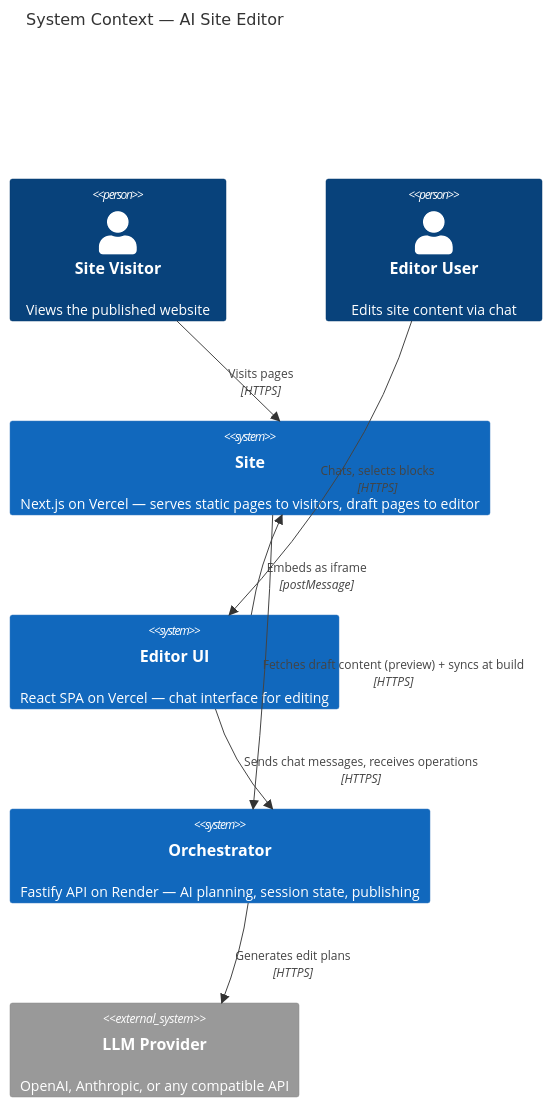
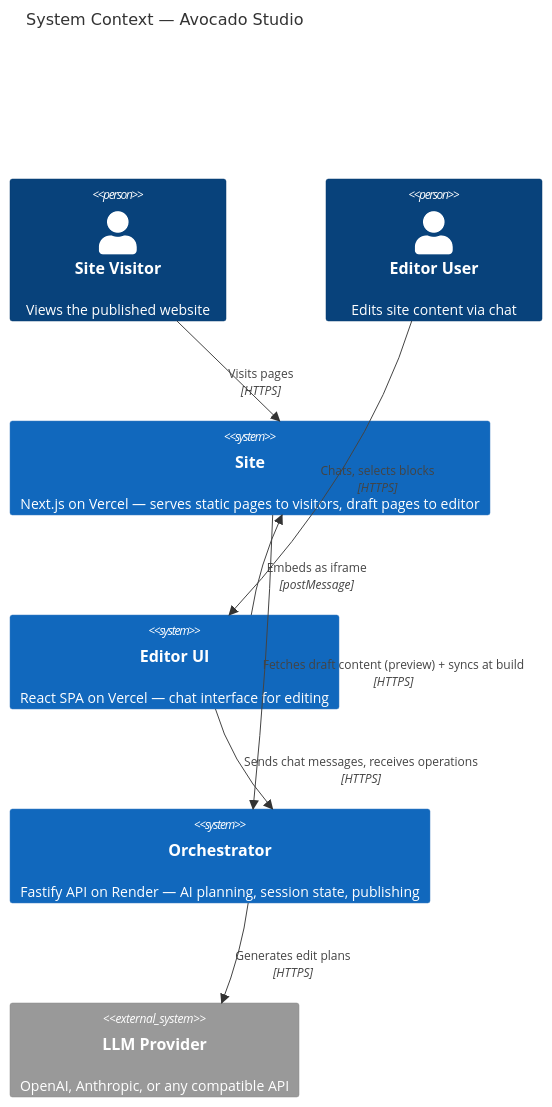
The first of 4 diagrams in docs/architecture/architecture-c4.md (avocadostudio-ai/avocado), drawn with Mermaid before and after one commit. The commit also changed 23 other files, not shown here.

First line of the commit message:
chore(oss): pre-launch cleanup — rebrand to Avocado Studio, remove leaks

````diff
--- a/docs/architecture/architecture-c4.md
+++ b/docs/architecture/architecture-c4.md
@@ -7,19 +7,19 @@
 ```mermaid
 C4Context
-    title System Context — AI Site Editor
+    title System Context — Avocado Studio
 
     Person(visitor, "Site Visitor", "Views the published website")
     Person(editor_user, "Editor User", "Edits site content via chat")
 
     System(site, "Site", "Next.js on Vercel — serves static pages to visitors, draft pages to editor")
     System(editor, "Editor UI", "React SPA on Vercel — chat interface for editing")
     System(orchestrator, "Orchestrator", "Fastify API on Render — AI planning, session state, publishing")
     System_Ext(llm, "LLM Provider", "OpenAI, Anthropic, or any compatible API")
 
     Rel(visitor, site, "Visits pages", "HTTPS")
     Rel(editor_user, editor, "Chats, selects blocks", "HTTPS")
     Rel(editor, site, "Embeds as iframe", "postMessage")
     Rel(editor, orchestrator, "Sends chat messages, receives operations", "HTTPS")
     Rel(site, orchestrator, "Fetches draft content (preview) + syncs at build", "HTTPS")
     Rel(orchestrator, llm, "Generates edit plans", "HTTPS")
 ```
````
